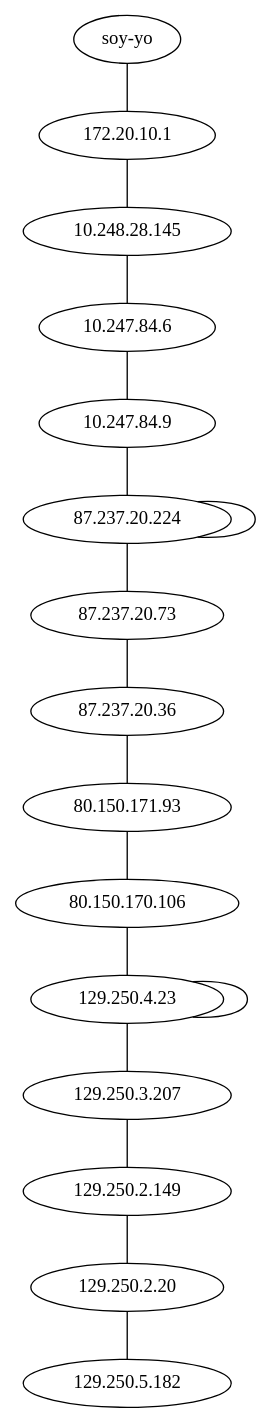
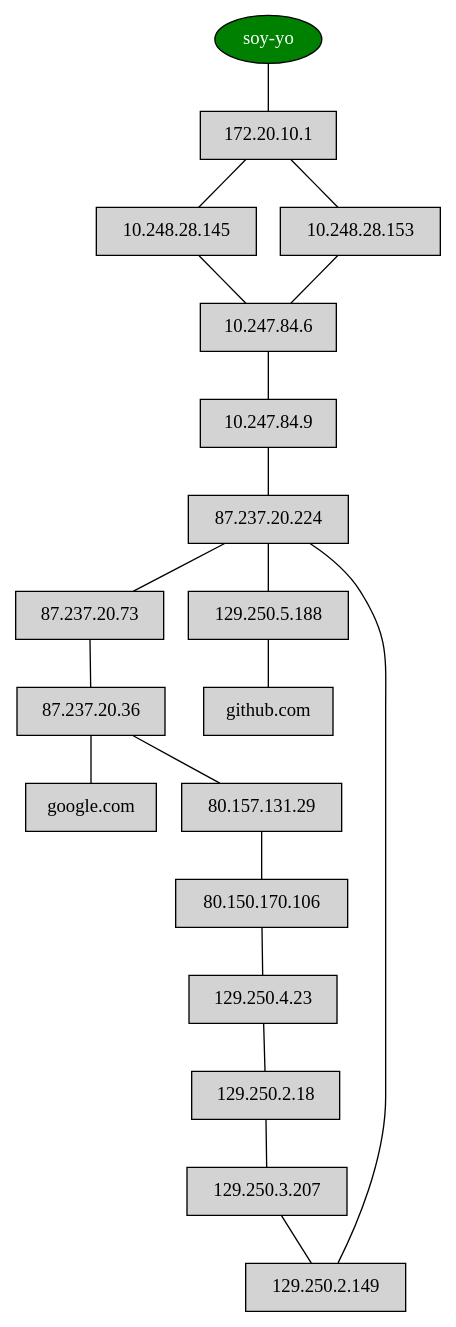
The diagram in example.dot (deanturpin/hosts2dot), drawn with Graphviz before and after one commit. The commit also changed 3 other files, not shown here.

Commit message:
Use circo render, make the graph more colourful

```diff
--- a/example.dot
+++ b/example.dot
@@ -1,4 +1,8 @@
 strict graph {
-	"soy-yo" -- "172.20.10.1" -- "10.248.28.145" -- "10.247.84.6" -- "10.247.84.9" -- "87.237.20.224" -- "87.237.20.224" -- "87.237.20.73" -- "87.237.20.36" // google.com
-	"soy-yo" -- "172.20.10.1" -- "10.248.28.145" -- "10.247.84.6" -- "10.247.84.9" -- "87.237.20.224" -- "87.237.20.73" -- "87.237.20.36" -- "80.150.171.93" -- "80.150.170.106" -- "129.250.4.23" -- "129.250.4.23" -- "129.250.3.207" -- "129.250.2.149" -- "129.250.2.20" -- "129.250.5.182" // github.com
+
+  node [shape=rectangle style=filled]
+  "soy-yo" [fillcolor=green shape=oval fontcolor=white]
+
+	"soy-yo" -- "172.20.10.1" -- "10.248.28.145" -- "10.247.84.6" -- "10.247.84.9" -- "87.237.20.224" -- "87.237.20.73" -- "87.237.20.36" -- "google.com" [fillcolor=orange shape=oval]
+	"soy-yo" -- "172.20.10.1" -- "10.248.28.153" -- "10.247.84.6" -- "10.247.84.9" -- "87.237.20.224" -- "87.237.20.73" -- "87.237.20.36" -- "80.157.131.29" -- "80.150.170.106" -- "129.250.4.23" -- "129.250.2.18" -- "129.250.3.207" -- "129.250.2.149" -- "87.237.20.224" -- "129.250.5.188" -- "github.com" [fillcolor=orange shape=oval]
 }
```
